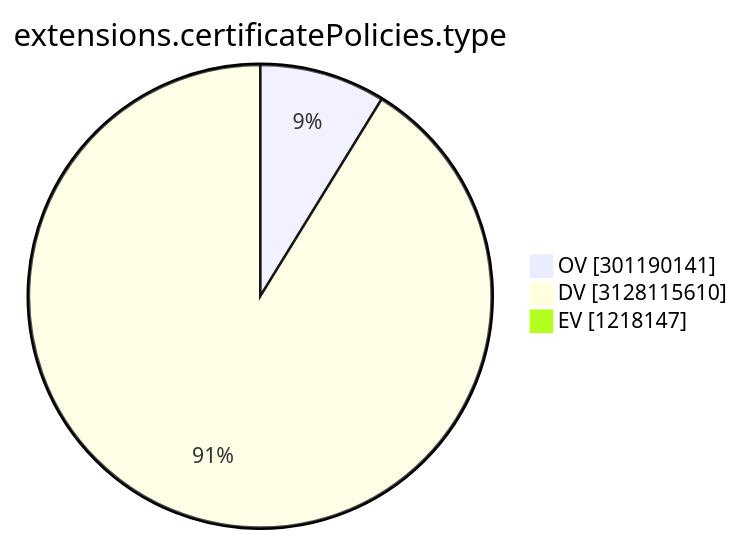
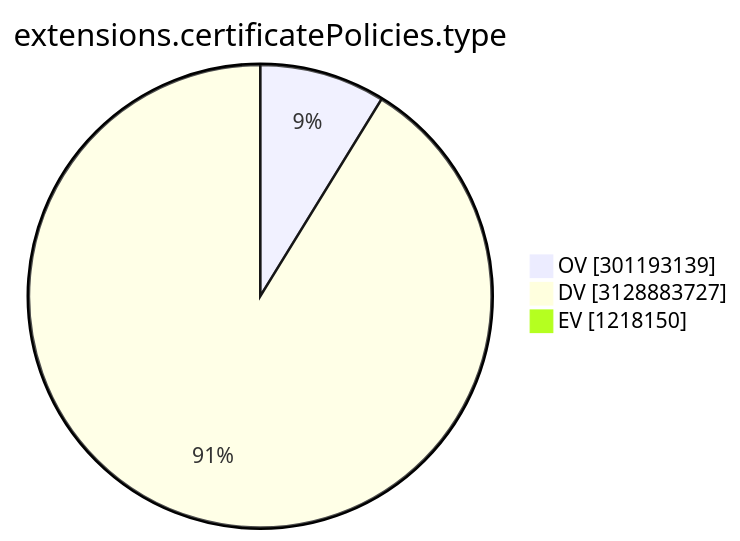
The ninth of 15 diagrams in TOTAL/README.md (christiankrug/ctmonitor_visualization), drawn with Mermaid before and after one commit. The commit also changed other lines of this file, not shown here.

````diff
--- a/TOTAL/README.md
+++ b/TOTAL/README.md
@@ -3104,7 +3104,7 @@
 ```mermaid
 pie showData
 title extensions.certificatePolicies.type
-"OV" :301190141
-"DV" :3128115610
-"EV" :1218147
+"OV" :301193139
+"DV" :3128883727
+"EV" :1218150
 ```
````
